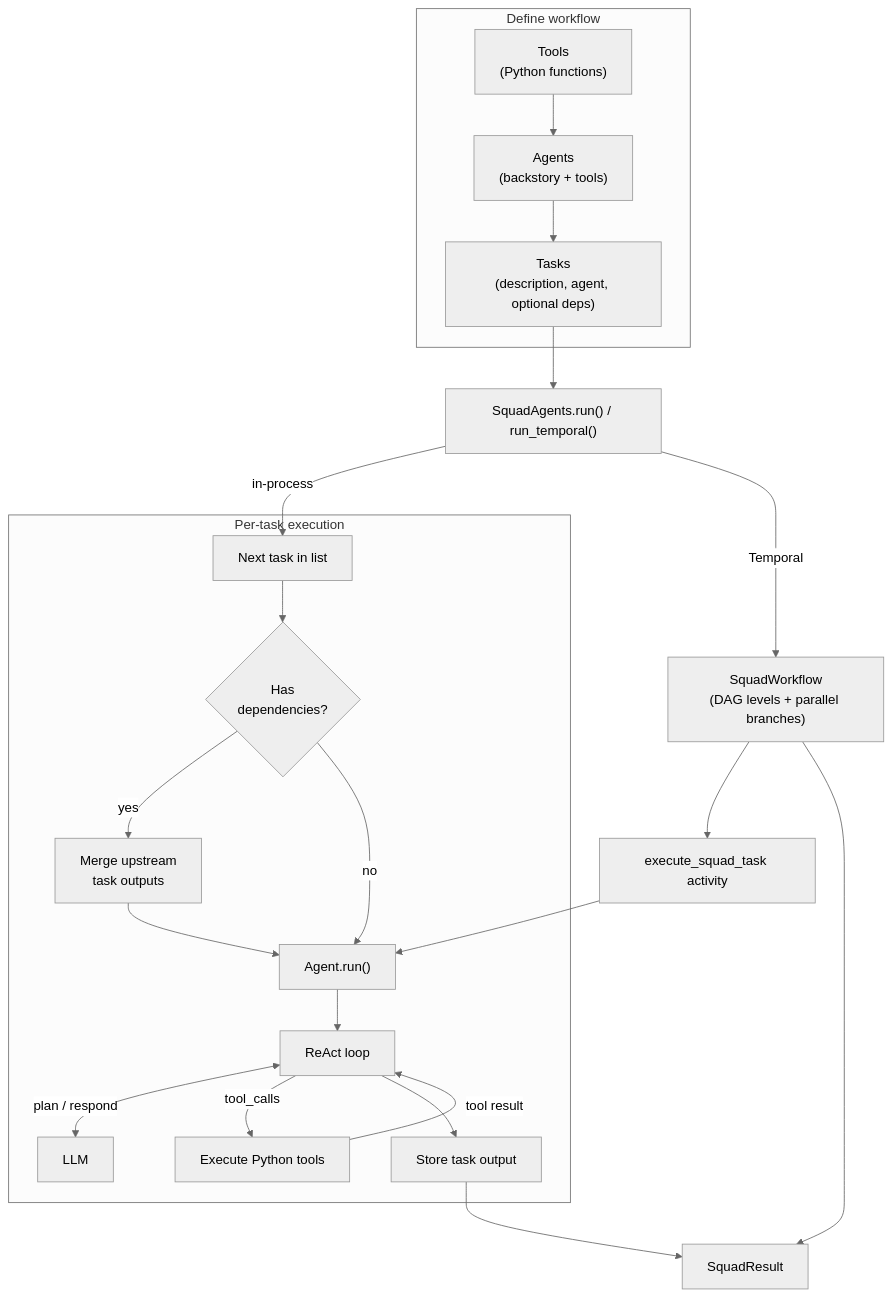
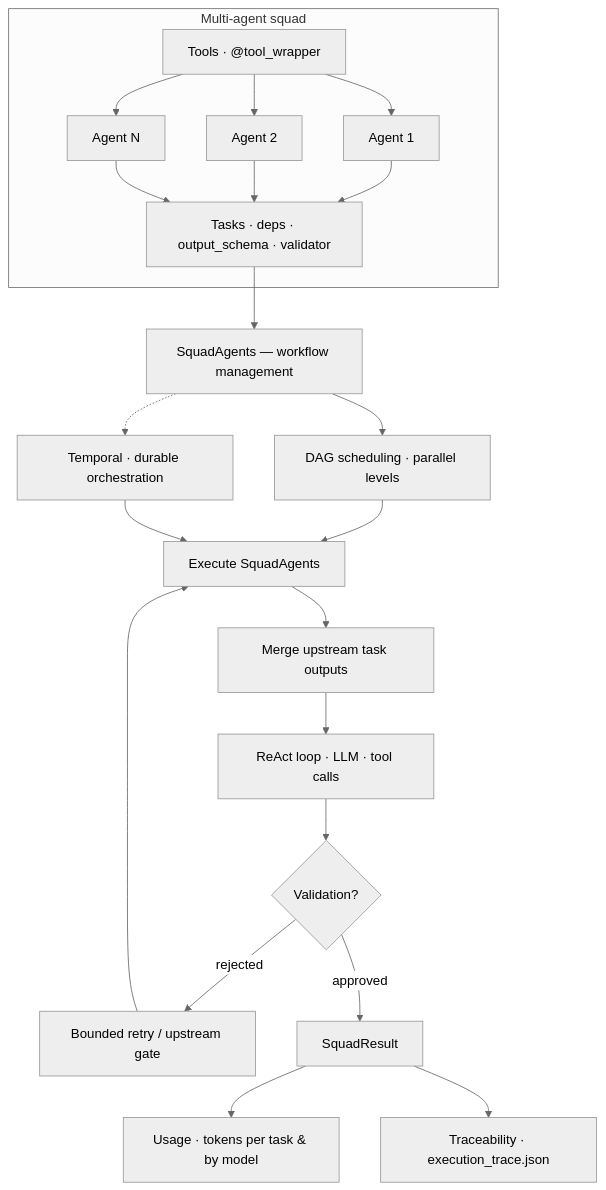
One commit to skhanal123/squadAI changed the diagram in README.md. Above: the diagram before and after it, drawn with Mermaid (neutral theme). The commit also changed other lines of this file, not shown here.

Commit message:
Update README with workflow, validation, and observability overview

````diff
--- a/README.md
+++ b/README.md
@@ -17,30 +21,30 @@
 ```mermaid
 flowchart TD
-    subgraph setup["Define workflow"]
-        Tools["Tools<br/>(Python functions)"]
-        Agents["Agents<br/>(backstory + tools)"]
-        Tasks["Tasks<br/>(description, agent, optional deps)"]
-        Tools --> Agents --> Tasks
+    subgraph multi["Multi-agent squad"]
+        Tools["Tools · @tool_wrapper"]
+        A1["Agent 1"]
+        A2["Agent 2"]
+        AN["Agent N"]
+        Tasks["Tasks · deps · output_schema · validator"]
+        Tools --> A1 & A2 & AN
+        A1 & A2 & AN --> Tasks
     end
 
-    Tasks --> Run["SquadAgents.run() / run_temporal()"]
-    Run -->|"in-process"| Loop["Next task in list"]
-    Run -->|"Temporal"| Temporal["SquadWorkflow<br/>(DAG levels + parallel branches)"]
-    Temporal --> Activity["execute_squad_task activity"]
-    Activity --> AgentRun["Agent.run()"]
+    Tasks --> Squad["SquadAgents — workflow management"]
+    Squad --> DAG["DAG scheduling · parallel levels"]
+    Squad -.-> Temporal["Temporal · durable orchestration"]
 
-    subgraph execute["Per-task execution"]
-        Loop --> Deps{"Has<br/>dependencies?"}
-        Deps -->|yes| Context["Merge upstream<br/>task outputs"]
-        Deps -->|no| AgentRun
-        Context --> AgentRun
-        AgentRun --> React["ReAct loop"]
-        React <-->|"plan / respond"| LLM["LLM"]
-        React -->|"tool_calls"| ToolExec["Execute Python tools"]
-        ToolExec -->|"tool result"| React
-        React --> Store["Store task output"]
-    end
+    DAG --> Exec["Execute SquadAgents"]
+    Temporal --> Exec
 
-    Store --> Result["SquadResult"]
-    Temporal --> Result
+    Exec --> Ctx["Merge upstream task outputs"]
+    Ctx --> React["ReAct loop · LLM · tool calls"]
+
+    React --> Val{"Validation?"}
+    Val -->|rejected| Retry["Bounded retry / upstream gate"]
+    Retry --> Exec
+    Val -->|approved| Result["SquadResult"]
+
+    Result --> Usage["Usage · tokens per task & by model"]
+    Result --> Trace["Traceability · execution_trace.json"]
 ```
````
